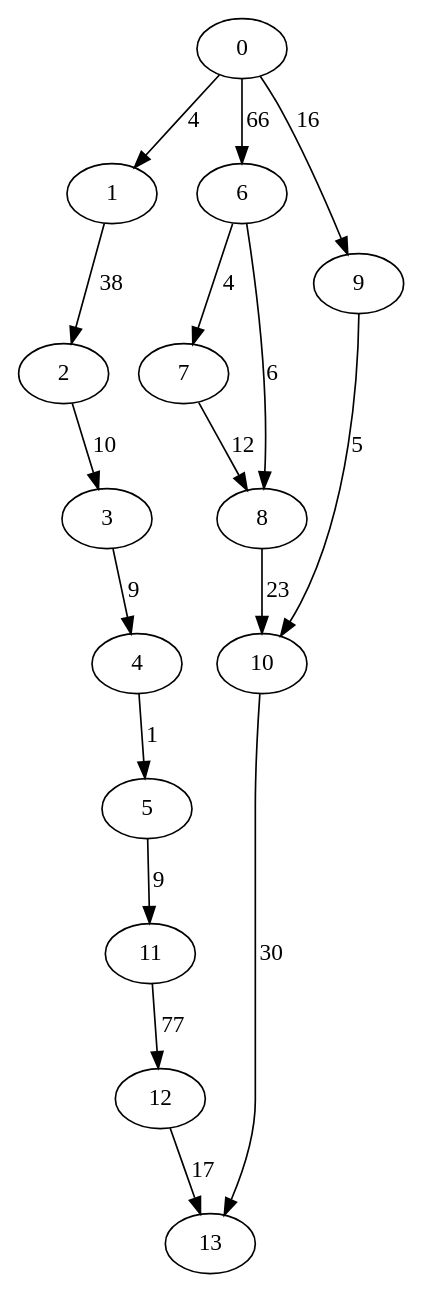
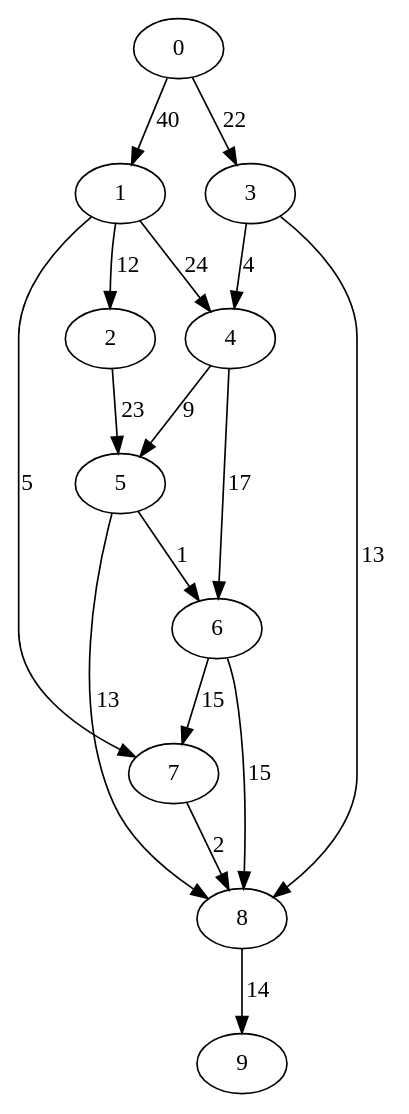
Before and after one commit to asaloniti/DagScheduling_old: the diagram in dotfiles/data9.dot, drawn with Graphviz. The commit also changed 43 other files, not shown here.

```diff
--- a/dotfiles/data9.dot
+++ b/dotfiles/data9.dot
@@ -1,18 +1,18 @@
 digraph data9 {
-0 -> 1 [ label = 4 ];
-0 -> 6 [ label = 66 ];
-0 -> 9 [ label = 16 ];
-1 -> 2 [ label = 38 ];
-2 -> 3 [ label = 10 ];
-3 -> 4 [ label = 9 ];
-4 -> 5 [ label = 1 ];
-5 -> 11 [ label = 9 ];
-6 -> 7 [ label = 4 ];
-6 -> 8 [ label = 6 ];
-7 -> 8 [ label = 12 ];
-8 -> 10 [ label = 23 ];
-9 -> 10 [ label = 5 ];
-10 -> 13 [ label = 30 ];
-11 -> 12 [ label = 77 ];
-12 -> 13 [ label = 17 ];
+0 -> 1 [ label = 40 ];
+0 -> 3 [ label = 22 ];
+1 -> 2 [ label = 12 ];
+1 -> 4 [ label = 24 ];
+1 -> 7 [ label = 5 ];
+2 -> 5 [ label = 23 ];
+3 -> 4 [ label = 4 ];
+3 -> 8 [ label = 13 ];
+4 -> 5 [ label = 9 ];
+4 -> 6 [ label = 17 ];
+5 -> 6 [ label = 1 ];
+5 -> 8 [ label = 13 ];
+6 -> 7 [ label = 15 ];
+6 -> 8 [ label = 15 ];
+7 -> 8 [ label = 2 ];
+8 -> 9 [ label = 14 ];
  }
```
